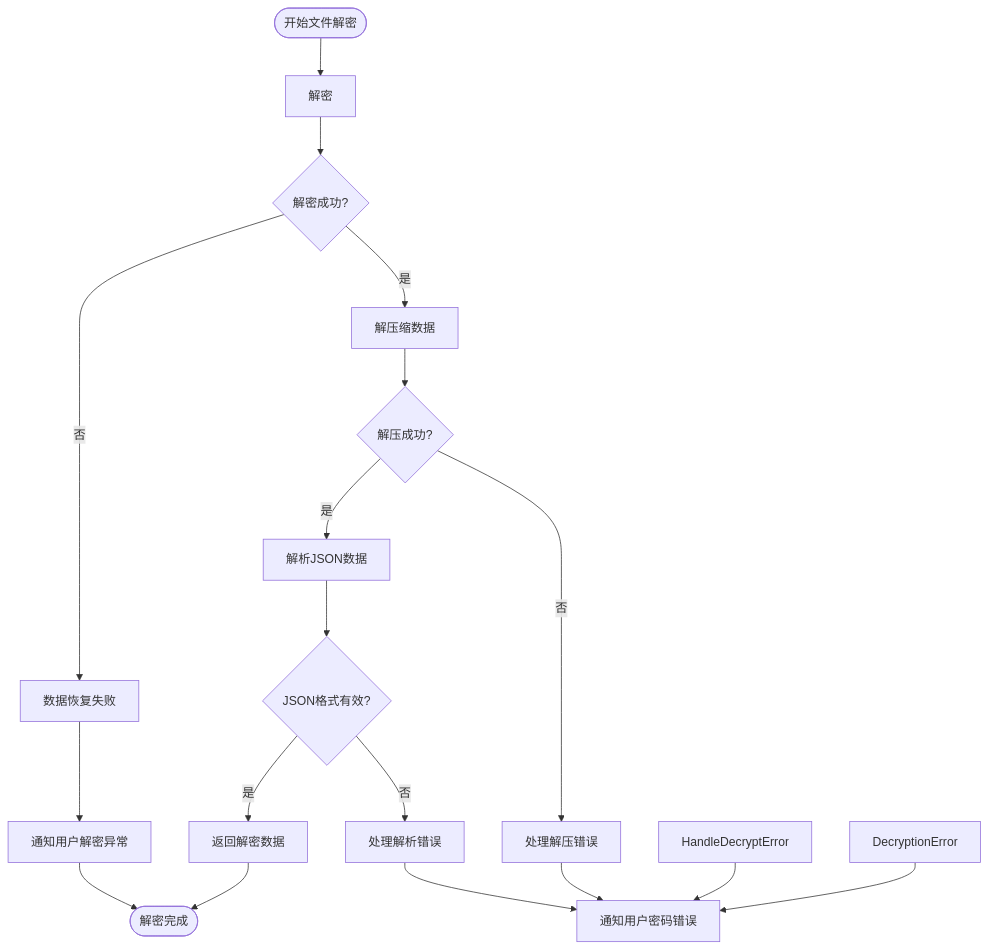
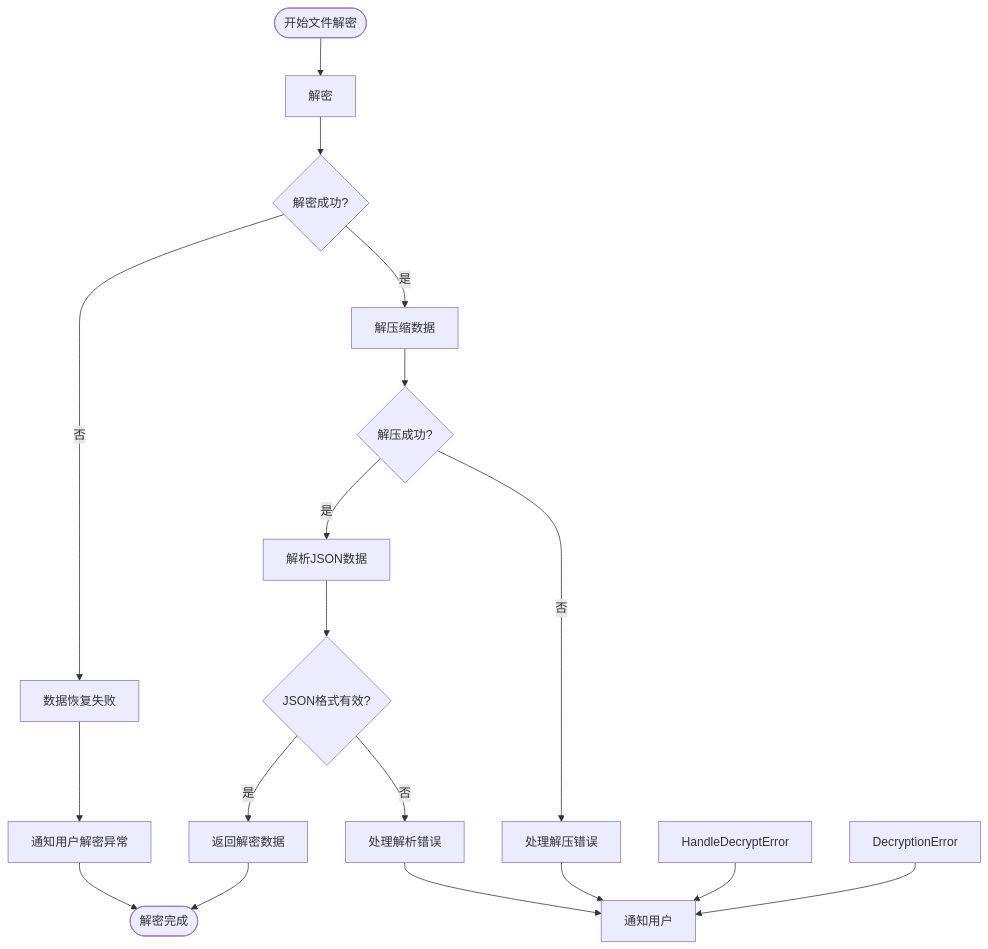
The diagram in all/未命名-53.md (yingjianzh/iodraw-files), drawn with Mermaid before and after one commit.

Commit message:
2025-05-09 18:12:05 update

````diff
--- a/all/未命名-53.md
+++ b/all/未命名-53.md
@@ -1,26 +1,26 @@
 ```mermaid
 flowchart TD
     Start([开始文件解密]) --> ReadFile[解密]
     ReadFile --> DecryptionSuccess{解密成功?}
     
     DecryptionSuccess -->|否| A[数据恢复失败]
     DecryptionSuccess -->|是| DecompressData[解压缩数据]
     
     DecompressData --> DecompressionSuccess{解压成功?}
     DecompressionSuccess -->|否| HandleDecompressError[处理解压错误]
     DecompressionSuccess -->|是| ParseJSON[解析JSON数据]
     
     ParseJSON --> JSONValid{JSON格式有效?}
     JSONValid -->|否| HandleParseError[处理解析错误]
     JSONValid -->|是| ReturnDecryptedData[返回解密数据]
     
     ReturnDecryptedData --> End([解密完成])
     
-    DecryptionError --> LogError[通知用户密码错误]
+    DecryptionError --> LogError[通知用户]
     HandleDecryptError --> LogError
     HandleDecompressError --> LogError
     HandleParseError --> LogError
     
     A --> ThrowException[通知用户解密异常]
     ThrowException --> End
 ```
````
